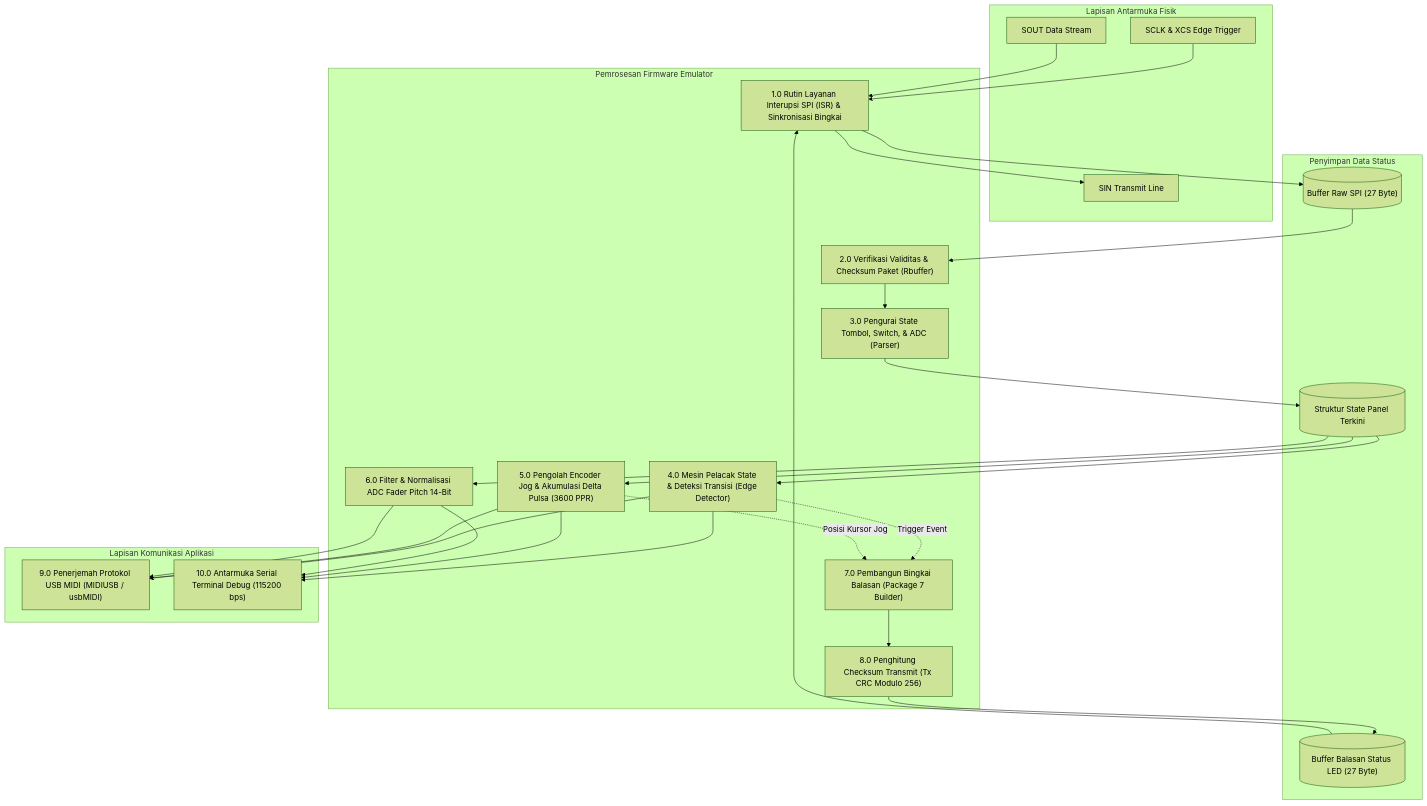
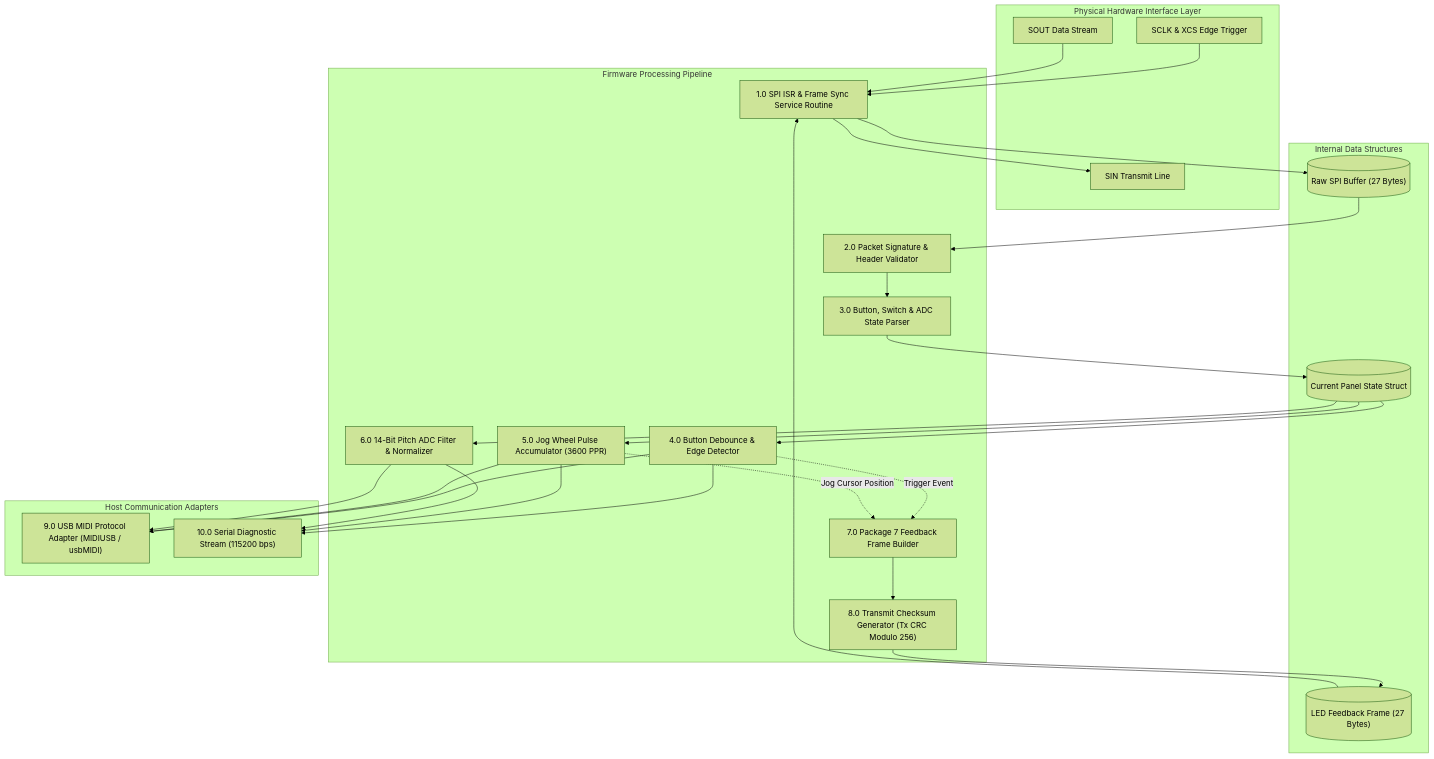
Before and after one commit to fabiodj2/cdj1000mk3-spi-bridge: the second of 2 diagrams in README.md, drawn with Mermaid (forest theme). The commit also changed other lines of this file and 1 other file, not shown here.

````diff
--- a/README.md
+++ b/README.md
@@ -226,59 +228,59 @@
 ```mermaid
 flowchart TD
-    subgraph Hardware_Interface["Lapisan Antarmuka Fisik"]
+    subgraph Hardware_Interface["Physical Hardware Interface Layer"]
         SCLK["SCLK & XCS Edge Trigger"]
         SOUT["SOUT Data Stream"]
         SIN["SIN Transmit Line"]
     end
 
-    subgraph Process_Layer["Pemrosesan Firmware Emulator"]
-        P1["1.0 Rutin Layanan Interupsi SPI (ISR) & Sinkronisasi Bingkai"]
-        P2["2.0 Verifikasi Validitas & Checksum Paket (Rbuffer)"]
-        P3["3.0 Pengurai State Tombol, Switch, & ADC (Parser)"]
-        P4["4.0 Mesin Pelacak State & Deteksi Transisi (Edge Detector)"]
-        P5["5.0 Pengolah Encoder Jog & Akumulasi Delta Pulsa (3600 PPR)"]
-        P6["6.0 Filter & Normalisasi ADC Fader Pitch 14-Bit"]
-        P7["7.0 Pembangun Bingkai Balasan (Package 7 Builder)"]
-        P8["8.0 Penghitung Checksum Transmit (Tx CRC Modulo 256)"]
+    subgraph Process_Layer["Firmware Processing Pipeline"]
+        P1["1.0 SPI ISR & Frame Sync Service Routine"]
+        P2["2.0 Packet Signature & Header Validator"]
+        P3["3.0 Button, Switch & ADC State Parser"]
+        P4["4.0 Button Debounce & Edge Detector"]
+        P5["5.0 Jog Wheel Pulse Accumulator (3600 PPR)"]
+        P6["6.0 14-Bit Pitch ADC Filter & Normalizer"]
+        P7["7.0 Package 7 Feedback Frame Builder"]
+        P8["8.0 Transmit Checksum Generator (Tx CRC Modulo 256)"]
     end
 
-    subgraph Data_Stores["Penyimpan Data Status"]
-        D1[("Buffer Raw SPI (27 Byte)")]
-        D2[("Struktur State Panel Terkini")]
-        D3[("Buffer Balasan Status LED (27 Byte)")]
+    subgraph Data_Stores["Internal Data Structures"]
+        D1[("Raw SPI Buffer (27 Bytes)")]
+        D2[("Current Panel State Struct")]
+        D3[("LED Feedback Frame (27 Bytes)")]
     end
 
-    subgraph Output_Adapters["Lapisan Komunikasi Aplikasi"]
-        P9["9.0 Penerjemah Protokol USB MIDI (MIDIUSB / usbMIDI)"]
-        P10["10.0 Antarmuka Serial Terminal Debug (115200 bps)"]
+    subgraph Output_Adapters["Host Communication Adapters"]
+        P9["9.0 USB MIDI Protocol Adapter (MIDIUSB / usbMIDI)"]
+        P10["10.0 Serial Diagnostic Stream (115200 bps)"]
     end
 
-    %% Aliran Masuk
+    %% Inbound Flow
     SCLK --> P1
     SOUT --> P1
     P1 --> D1
     D1 --> P2
     P2 --> P3
     P3 --> D2
 
-    %% Aliran State
+    %% State Distribution
     D2 --> P4
     D2 --> P5
     D2 --> P6
 
-    %% Aliran Balasan Hardware
+    %% Feedback Generation
     P4 -. "Trigger Event" .-> P7
-    P5 -. "Posisi Kursor Jog" .-> P7
+    P5 -. "Jog Cursor Position" .-> P7
     P7 --> P8
     P8 --> D3
     D3 --> P1
     P1 --> SIN
 
-    %% Aliran Keluar ke Host
+    %% Host Output
     P4 --> P9
     P5 --> P9
     P6 --> P9
     P4 --> P10
     P5 --> P10
     P6 --> P10
 ```
````
